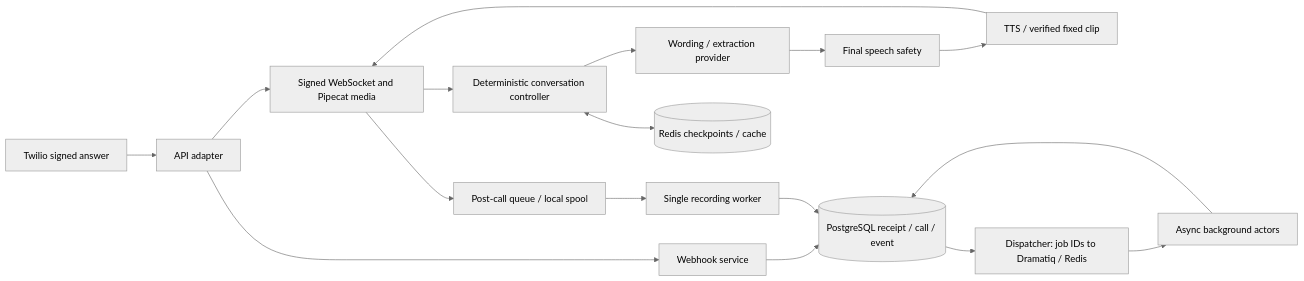
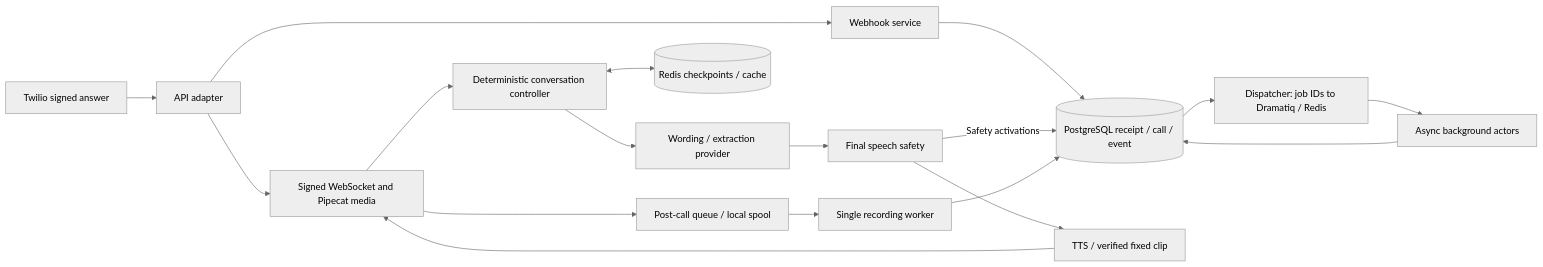
One commit to NihitRaiyani/Voice changed the diagram in docs/01-architecture.md. Above: the diagram before and after it, drawn with Mermaid (neutral theme). The commit also changed 4 other files, not shown here.

````diff
--- a/docs/01-architecture.md
+++ b/docs/01-architecture.md
@@ -5,19 +5,20 @@
 ```mermaid
 flowchart LR
     T[Twilio signed answer] --> A[API adapter]
     A --> W[Webhook service]
     W --> D[(PostgreSQL receipt / call / event)]
     A --> M[Signed WebSocket and Pipecat media]
     M --> C[Deterministic conversation controller]
     C --> P[Wording / extraction provider]
     P --> S[Final speech safety]
+    S -->|Safety activations| D
     S --> V[TTS / verified fixed clip]
     V --> M
     C <--> R[(Redis checkpoints / cache)]
     M --> Q[Post-call queue / local spool]
     Q --> F[Single recording worker]
     F --> D
     D --> J[Dispatcher: job IDs to Dramatiq / Redis]
     J --> B[Async background actors]
     B --> D
 ```
````
